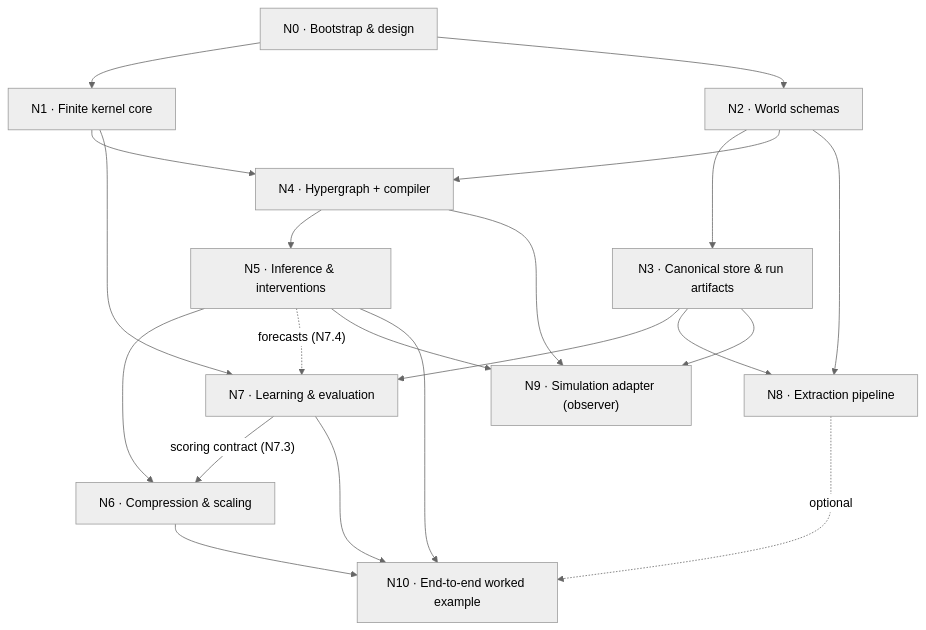
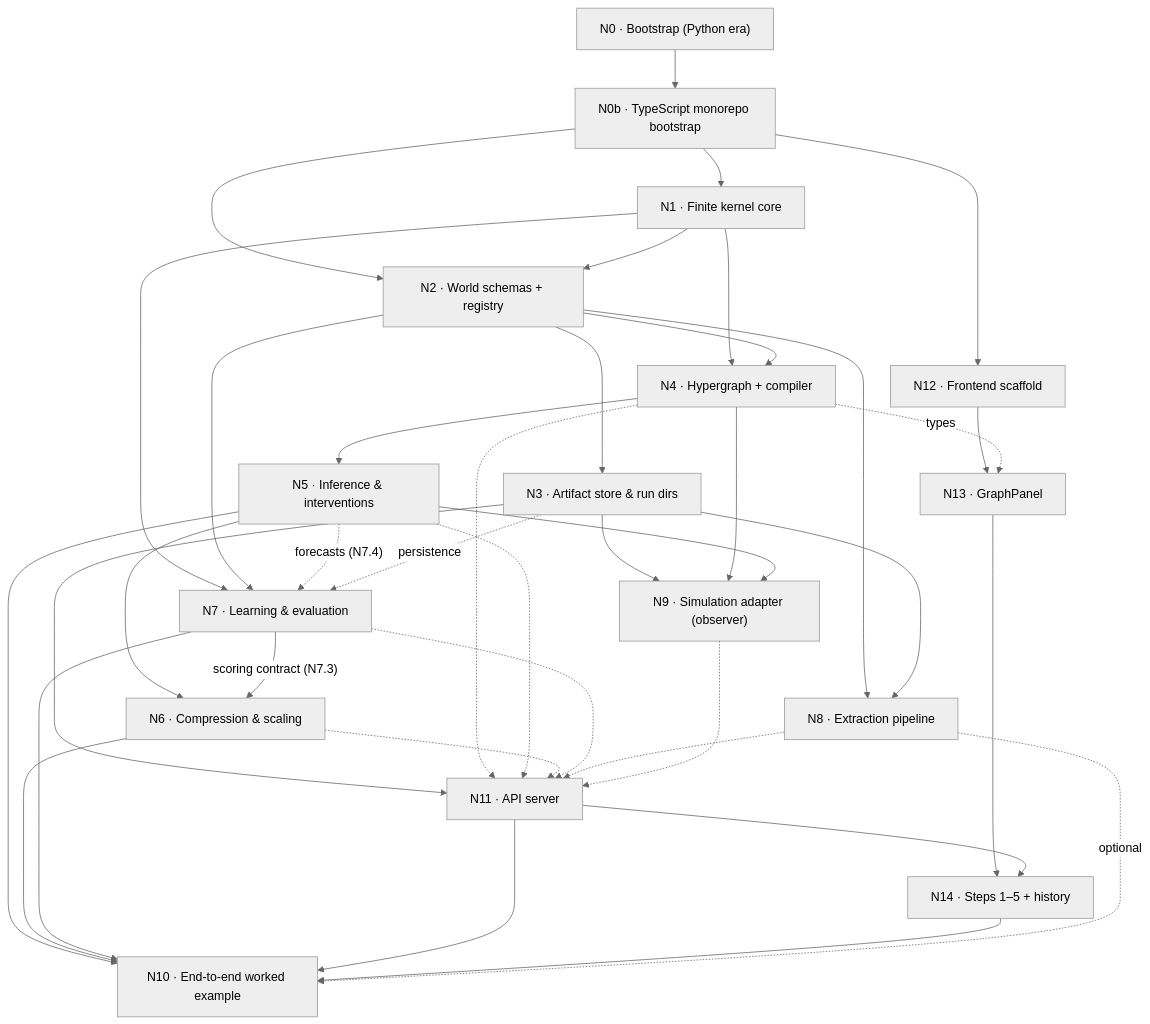
One commit to FoAKTEE/Compression2Prediction changed the diagram in progress/c2p/DAG.md. Above: the diagram before and after it, drawn with Mermaid (neutral theme). The commit also changed other lines of this file and 30 other files, not shown here.

First line of the commit message:
build(repo): bootstrap the TypeScript monorepo with core, server, and frontend workspaces

````diff
--- a/progress/c2p/DAG.md
+++ b/progress/c2p/DAG.md
@@ -10,35 +14,57 @@
 ```mermaid
 flowchart TD
-    N0["N0 · Bootstrap & design"]
+    N0["N0 · Bootstrap (Python era)"]
+    N0b["N0b · TypeScript monorepo bootstrap"]
     N1["N1 · Finite kernel core"]
-    N2["N2 · World schemas"]
-    N3["N3 · Canonical store & run artifacts"]
+    N2["N2 · World schemas + registry"]
+    N3["N3 · Artifact store & run dirs"]
     N4["N4 · Hypergraph + compiler"]
     N5["N5 · Inference & interventions"]
     N6["N6 · Compression & scaling"]
     N7["N7 · Learning & evaluation"]
     N8["N8 · Extraction pipeline"]
     N9["N9 · Simulation adapter (observer)"]
+    N11["N11 · API server"]
+    N12["N12 · Frontend scaffold"]
+    N13["N13 · GraphPanel"]
+    N14["N14 · Steps 1–5 + history"]
     N10["N10 · End-to-end worked example"]
 
-    N0 --> N1
-    N0 --> N2
+    N0 --> N0b
+    N0b --> N1
+    N0b --> N2
+    N1 --> N2
     N2 --> N3
     N1 --> N4
     N2 --> N4
     N4 --> N5
     N5 --> N6
     N7 -->|"scoring contract (N7.3)"| N6
     N1 --> N7
-    N3 --> N7
+    N2 --> N7
     N5 -.->|"forecasts (N7.4)"| N7
+    N3 -.->|persistence| N7
     N2 --> N8
     N3 --> N8
     N3 --> N9
     N4 --> N9
     N5 --> N9
+    N3 --> N11
+    N4 -.-> N11
+    N5 -.-> N11
+    N6 -.-> N11
+    N7 -.-> N11
+    N8 -.-> N11
+    N9 -.-> N11
+    N0b --> N12
+    N12 --> N13
+    N4 -.->|types| N13
+    N13 --> N14
+    N11 --> N14
     N5 --> N10
     N6 --> N10
     N7 --> N10
+    N11 --> N10
+    N14 --> N10
     N8 -.->|optional| N10
 ```
````
